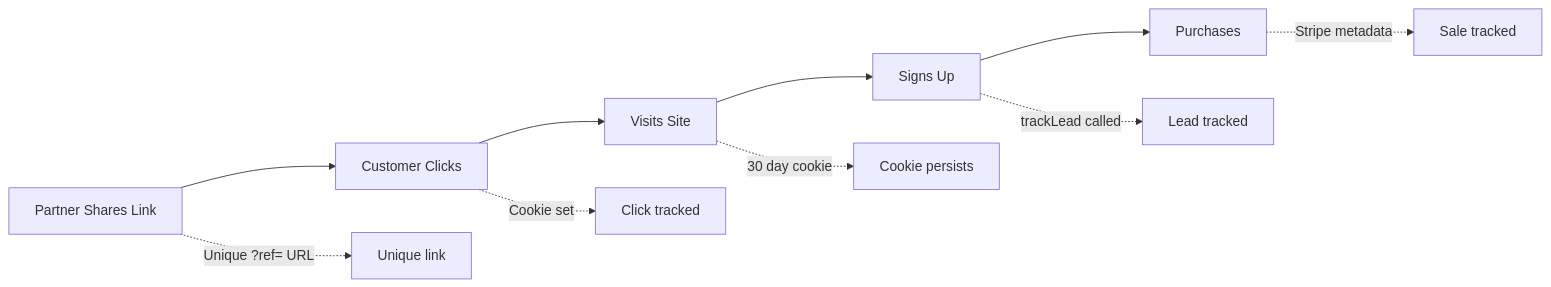
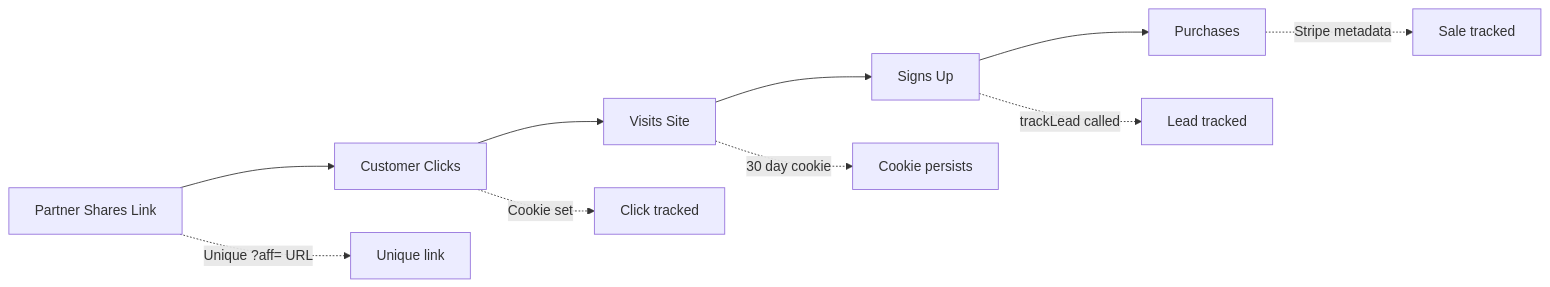
One commit to Affitor/affitor-docs changed the sixth of 8 diagrams in DIAGRAM_MERMAID_SUMMARY.md. Above: the diagram before and after it, drawn with Mermaid. The commit also changed 8 other files, not shown here.

First line of the commit message:
Update affiliate link parameter from `?ref=` to `?aff=` across documentation

````diff
--- a/DIAGRAM_MERMAID_SUMMARY.md
+++ b/DIAGRAM_MERMAID_SUMMARY.md
@@ -109,13 +109,13 @@
 ```mermaid
 graph LR
     A[Partner Shares Link] --> B[Customer Clicks]
     B --> C[Visits Site]
     C --> D[Signs Up]
     D --> E[Purchases]
     
-    A -.->|Unique ?ref= URL| A1[Unique link]
+    A -.->|Unique ?aff= URL| A1[Unique link]
     B -.->|Cookie set| B1[Click tracked]
     C -.->|30 day cookie| C1[Cookie persists]
     D -.->|trackLead called| D1[Lead tracked]
     E -.->|Stripe metadata| E1[Sale tracked]
 ```
````
